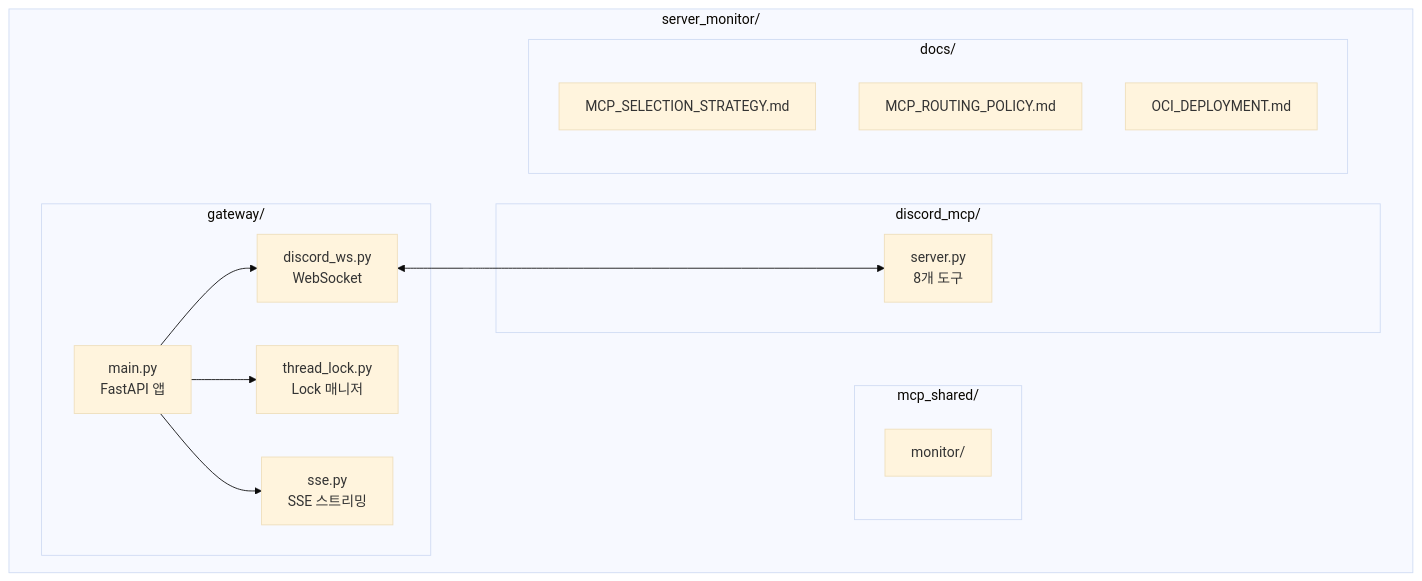
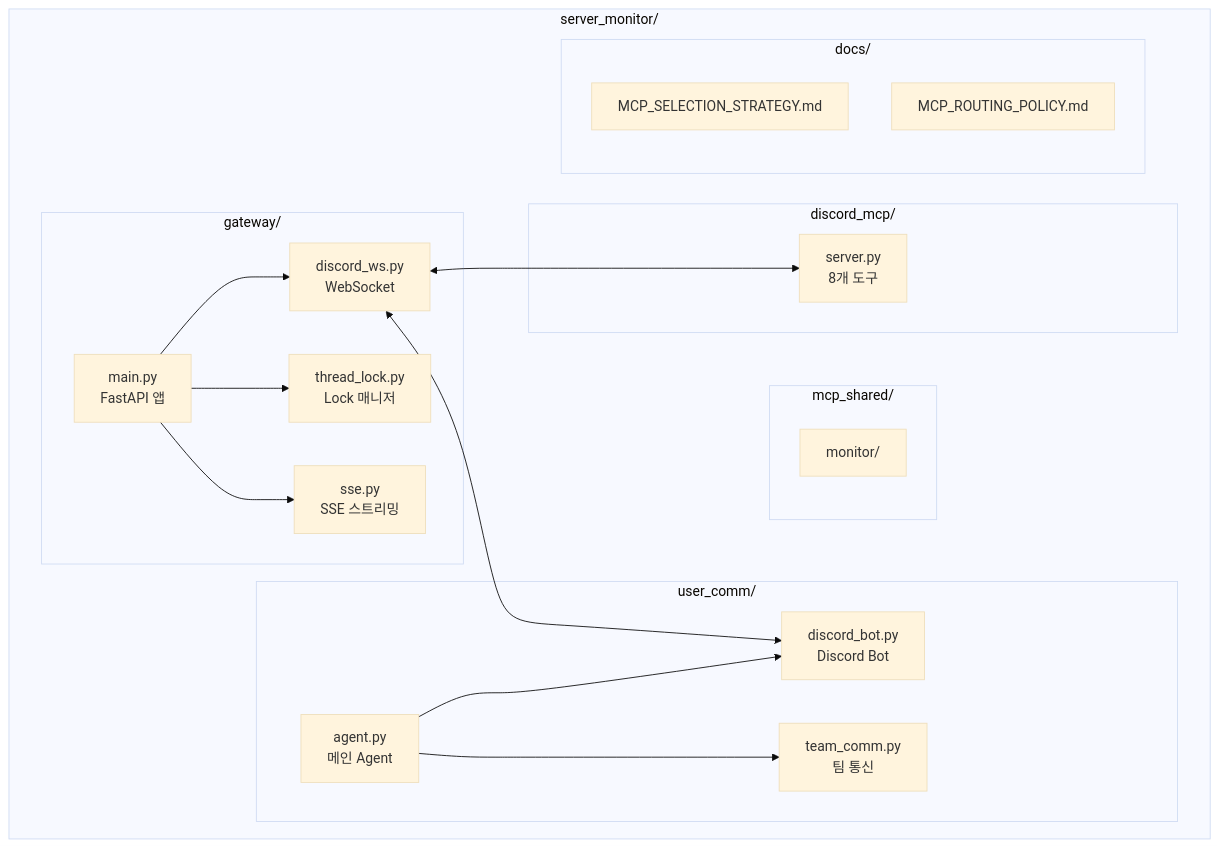
The seventh of 8 diagrams in content/ko/post/2026-03-01-013-discord-gateway-mcp-아키텍처-설계.md (yarang/blogs), drawn with Mermaid (base theme) before and after one commit. The commit also changed other lines of this file, not shown here.

First line of the commit message:
Update post: 2026-03-01-013-discord-gateway-mcp-아키텍처-설계.md

````diff
--- a/content/ko/post/2026-03-01-013-discord-gateway-mcp-아키텍처-설계.md
+++ b/content/ko/post/2026-03-01-013-discord-gateway-mcp-아키텍처-설계.md
@@ -267,30 +352,38 @@
 ```mermaid
 flowchart TB
     subgraph Project["server_monitor/"]
         subgraph Gateway["gateway/"]
             Main["main.py<br/>FastAPI 앱"]
             WS["discord_ws.py<br/>WebSocket"]
             Lock["thread_lock.py<br/>Lock 매니저"]
             SSE["sse.py<br/>SSE 스트리밍"]
+        end
+
+        subgraph UserComm["user_comm/"]
+            Agent["agent.py<br/>메인 Agent"]
+            Bot["discord_bot.py<br/>Discord Bot"]
+            Team["team_comm.py<br/>팀 통신"]
         end
 
         subgraph MCP["discord_mcp/"]
             Server["server.py<br/>8개 도구"]
         end
 
         subgraph Shared["mcp_shared/"]
             Monitor["monitor/"]
         end
 
         subgraph Docs["docs/"]
             Strategy["MCP_SELECTION_STRATEGY.md"]
             Policy["MCP_ROUTING_POLICY.md"]
-            Deploy["OCI_DEPLOYMENT.md"]
         end
     end
 
     Main --> WS
     Main --> Lock
     Main --> SSE
     WS <--> Server
+    WS <--> Bot
+    Agent --> Bot
+    Agent --> Team
 ```
````
